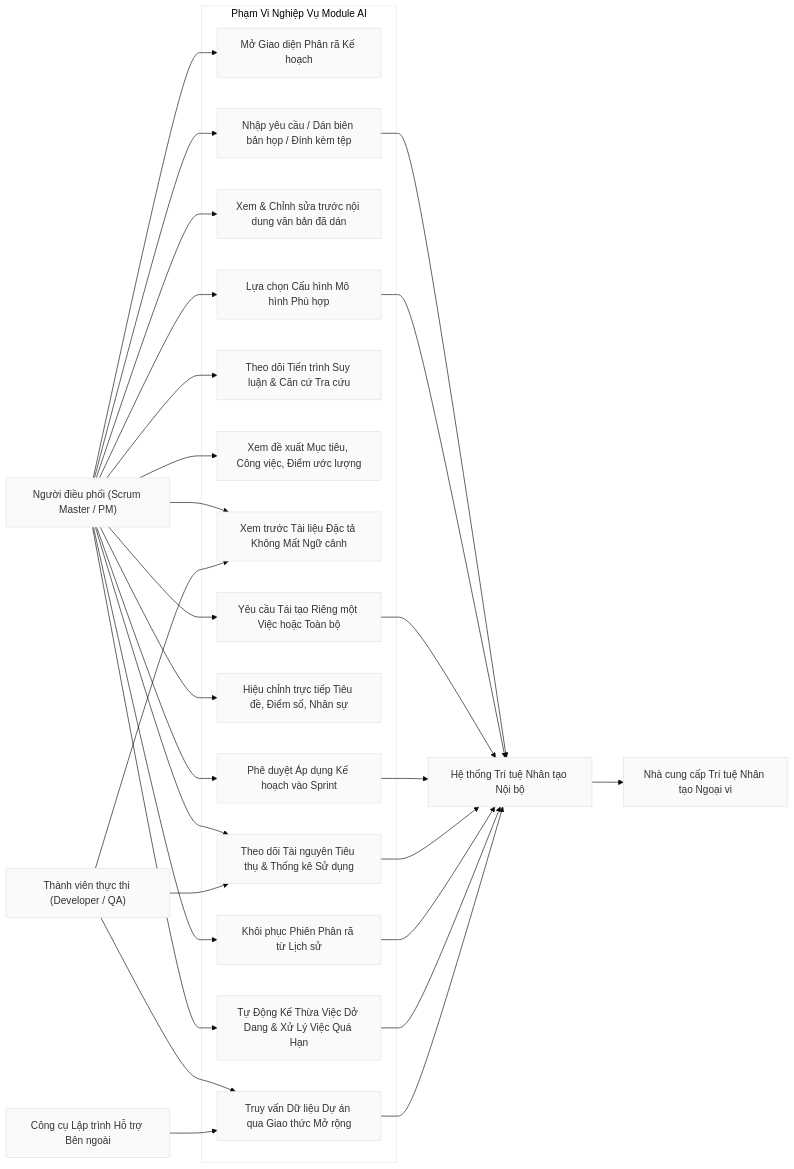
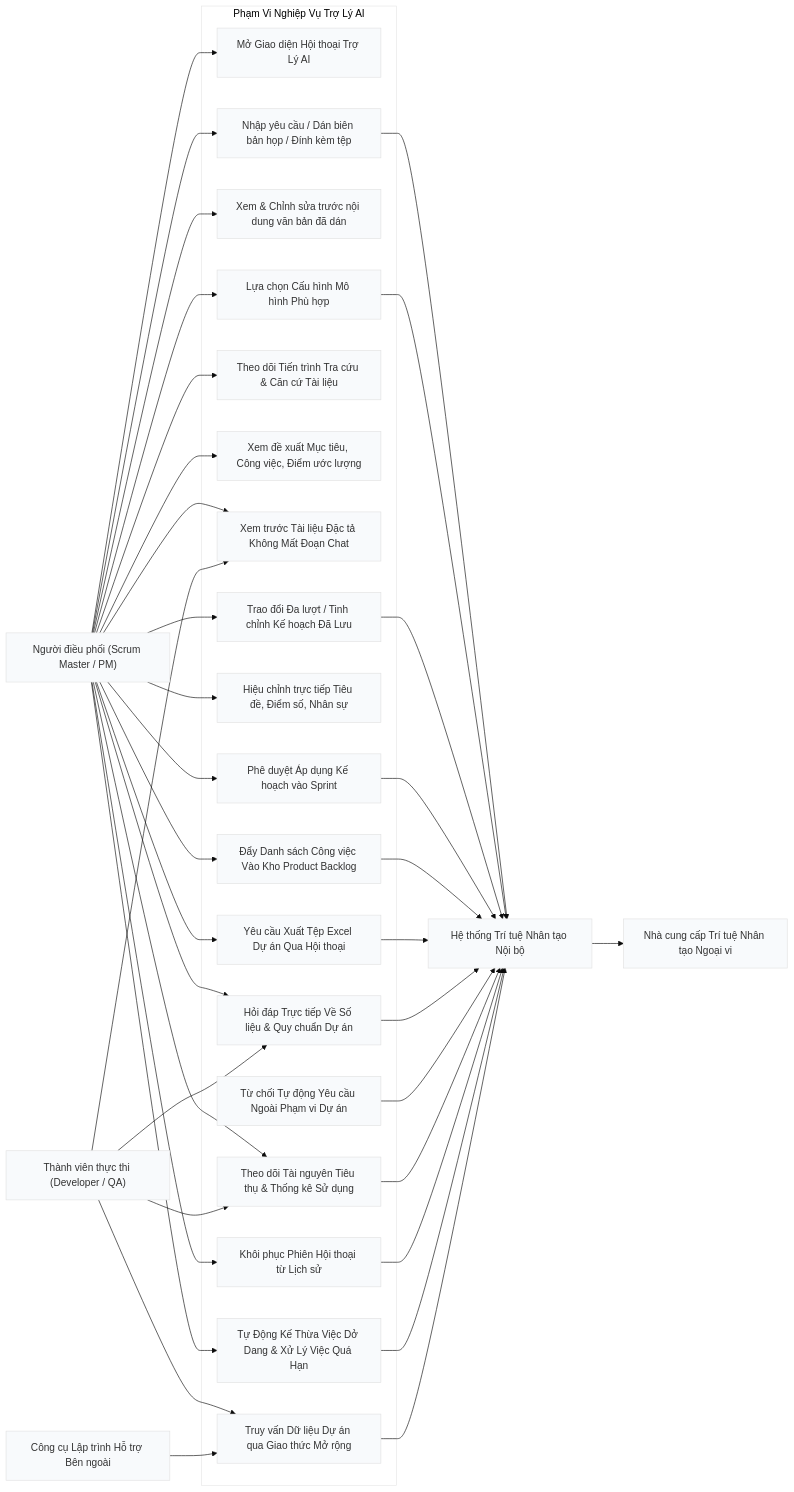
The second of 2 diagrams in docs/ai/01-kien-truc-tong-quan-va-use-case.md (TranHoang2k40525/ProjectMgmt), drawn with Mermaid before and after one commit. The commit also changed other lines of this file and 21 other files, not shown here.

Commit message:
feat(ai-assistant): nâng cấp Trợ Lý AI hội thoại có trạng thái Redis, hỗ trợ đẩy kho backlog, xuất Excel, từ chối ngoài luồng và đồng bộ tài liệu

````diff
--- a/docs/ai/01-kien-truc-tong-quan-va-use-case.md
+++ b/docs/ai/01-kien-truc-tong-quan-va-use-case.md
@@ -98,55 +102,67 @@
 ```mermaid
 %%{init: {"theme": "base", "themeVariables": {"primaryColor": "#f8fafc", "edgeLabelBackground":"#ffffff"}}}%%
 flowchart LR
     SM["Người điều phối (Scrum Master / PM)"]
     DEV["Thành viên thực thi (Developer / QA)"]
     AI["Hệ thống Trí tuệ Nhân tạo Nội bộ"]
     EXT["Nhà cung cấp Trí tuệ Nhân tạo Ngoại vi"]
     EXT_AGENT["Công cụ Lập trình Hỗ trợ Bên ngoài"]
 
-    subgraph UC["Phạm Vi Nghiệp Vụ Module AI"]
-        UC1["Mở Giao diện Phân rã Kế hoạch"]
+    subgraph UC["Phạm Vi Nghiệp Vụ Trợ Lý AI"]
+        UC1["Mở Giao diện Hội thoại Trợ Lý AI"]
         UC2["Nhập yêu cầu / Dán biên bản họp / Đính kèm tệp"]
         UC3["Xem & Chỉnh sửa trước nội dung văn bản đã dán"]
         UC4["Lựa chọn Cấu hình Mô hình Phù hợp"]
-        UC5["Theo dõi Tiến trình Suy luận & Căn cứ Tra cứu"]
+        UC5["Theo dõi Tiến trình Tra cứu & Căn cứ Tài liệu"]
         UC6["Xem đề xuất Mục tiêu, Công việc, Điểm ước lượng"]
-        UC7["Xem trước Tài liệu Đặc tả Không Mất Ngữ cảnh"]
-        UC8["Yêu cầu Tái tạo Riêng một Việc hoặc Toàn bộ"]
+        UC7["Xem trước Tài liệu Đặc tả Không Mất Đoạn Chat"]
+        UC8["Trao đổi Đa lượt / Tinh chỉnh Kế hoạch Đã Lưu"]
         UC9["Hiệu chỉnh trực tiếp Tiêu đề, Điểm số, Nhân sự"]
         UC10["Phê duyệt Áp dụng Kế hoạch vào Sprint"]
+        UC15["Đẩy Danh sách Công việc Vào Kho Product Backlog"]
+        UC16["Yêu cầu Xuất Tệp Excel Dự án Qua Hội thoại"]
+        UC17["Hỏi đáp Trực tiếp Về Số liệu & Quy chuẩn Dự án"]
+        UC18["Từ chối Tự động Yêu cầu Ngoài Phạm vi Dự án"]
         UC11["Truy vấn Dữ liệu Dự án qua Giao thức Mở rộng"]
         UC12["Theo dõi Tài nguyên Tiêu thụ & Thống kê Sử dụng"]
-        UC13["Khôi phục Phiên Phân rã từ Lịch sử"]
+        UC13["Khôi phục Phiên Hội thoại từ Lịch sử"]
         UC14["Tự Động Kế Thừa Việc Dở Dang & Xử Lý Việc Quá Hạn"]
     end
 
     SM --> UC1
     SM --> UC2
     SM --> UC3
     SM --> UC4
     SM --> UC5
     SM --> UC6
     SM --> UC7
     SM --> UC8
     SM --> UC9
     SM --> UC10
+    SM --> UC15
+    SM --> UC16
+    SM --> UC17
     SM --> UC12
     SM --> UC13
     SM --> UC14
 
     DEV --> UC7
     DEV --> UC11
     DEV --> UC12
+    DEV --> UC17
 
     UC2 --> AI
     UC4 --> AI
     UC8 --> AI
     UC10 --> AI
+    UC15 --> AI
+    UC16 --> AI
+    UC17 --> AI
+    UC18 --> AI
     UC12 --> AI
     UC13 --> AI
     UC14 --> AI
     AI --> EXT
     EXT_AGENT --> UC11
     UC11 --> AI
 ```
````
